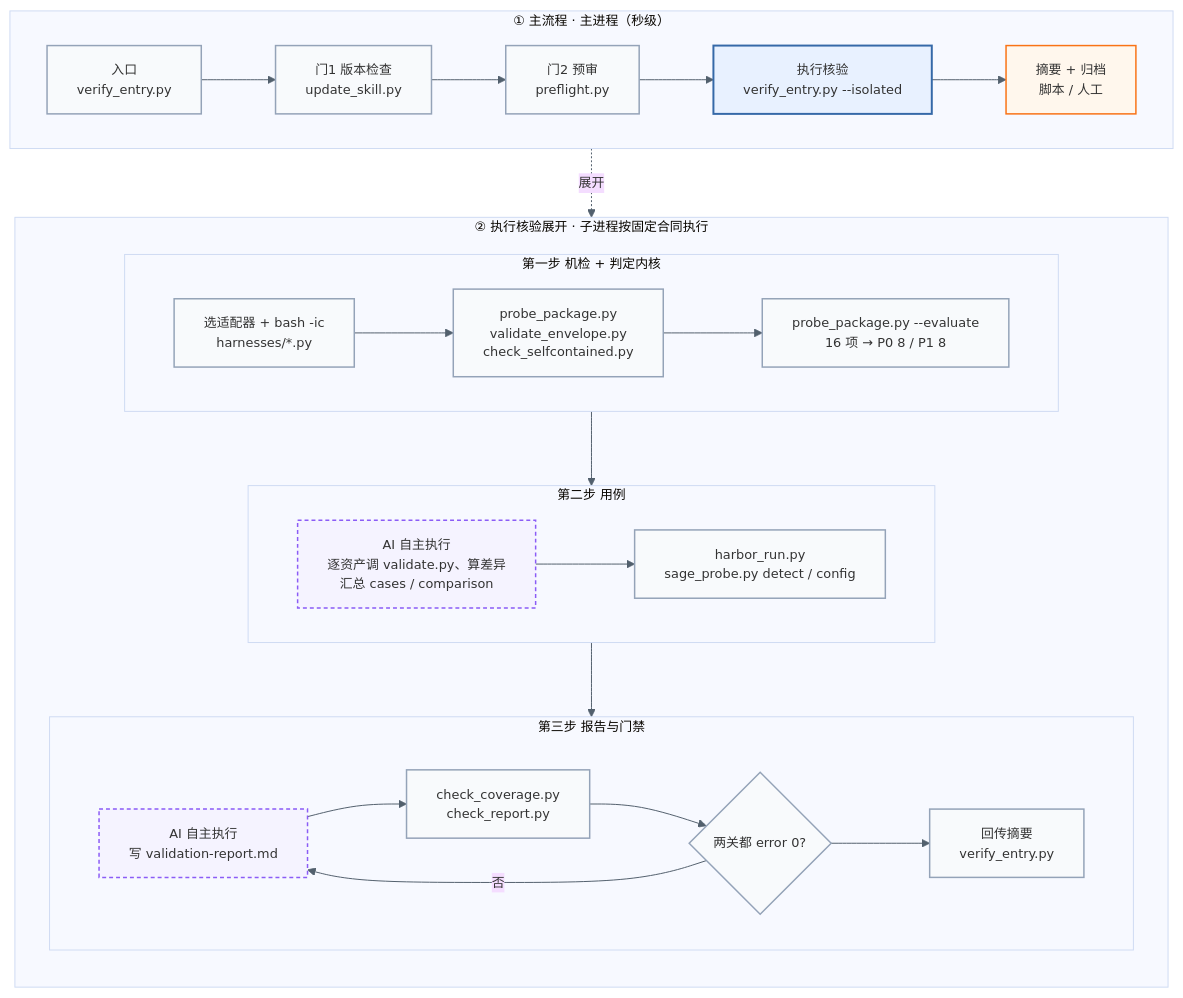
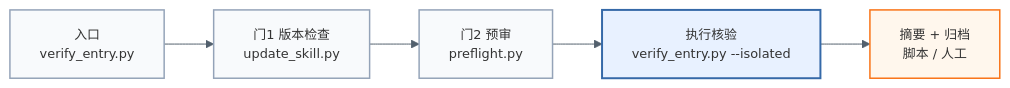
Before and after one commit to KnowledgeXLab/sci-asset-verify-skill: the first of 4 diagrams in README.md, drawn with Mermaid. The commit also changed other lines of this file, not shown here.

First line of the commit message:
fix(readme): 流程图拆成 4 张独立 LR 图，避免子图 direction 被渲染器忽略

````diff
--- a/README.md
+++ b/README.md
@@ -258,37 +266,12 @@
 ```mermaid
 %%{init: {"theme": "base", "themeVariables": {"fontSize": "13px", "lineColor": "#52606d"}}}%%
-flowchart TD
-    subgraph MAIN["① 主流程 · 主进程（秒级）"]
-        direction LR
-        A["入口<br/>verify_entry.py"] --> B["门1 版本检查<br/>update_skill.py"] --> C["门2 预审<br/>preflight.py"] --> D["执行核验<br/>verify_entry.py --isolated"] --> E["摘要 + 归档<br/>脚本 / 人工"]
-    end
-
-    subgraph DETAIL["② 执行核验展开 · 子进程按固定合同执行"]
-        direction TB
-        subgraph R1["第一步 机检 + 判定内核"]
-            direction LR
-            D0["选适配器 + bash -ic<br/>harnesses/*.py"] --> S1["probe_package.py<br/>validate_envelope.py<br/>check_selfcontained.py"] --> K["probe_package.py --evaluate<br/>16 项 → P0 8 / P1 8"]
-        end
-        subgraph R2["第二步 用例"]
-            direction LR
-            S2["AI 自主执行<br/>逐资产调 validate.py、算差异<br/>汇总 cases / comparison"] --> S2b["harbor_run.py<br/>sage_probe.py detect / config"]
-        end
-        subgraph R3["第三步 报告与门禁"]
-            direction LR
-            S3["AI 自主执行<br/>写 validation-report.md"] --> S3b["check_coverage.py<br/>check_report.py"] --> G{"两关都 error 0?"} --> OUT["回传摘要<br/>verify_entry.py"]
-            G -- 否 --> S3
-        end
-        R1 --> R2 --> R3
-    end
-
-    D -. 展开 .-> D0
+flowchart LR
+    A["入口<br/>verify_entry.py"] --> B["门1 版本检查<br/>update_skill.py"] --> C["门2 预审<br/>preflight.py"] --> D["执行核验<br/>verify_entry.py --isolated"] --> E["摘要 + 归档<br/>脚本 / 人工"]
 
     classDef script fill:#f8fafc,stroke:#94a3b8,stroke-width:1.5px;
-    classDef ai fill:#f5f3ff,stroke:#8b5cf6,stroke-width:1.5px,stroke-dasharray:4 3;
     classDef human fill:#fff7ed,stroke:#f97316,stroke-width:1.5px;
     classDef focus fill:#e8f1ff,stroke:#3569a8,stroke-width:2px;
-    class A,B,C,D0,S1,K,S2b,S3b,G,OUT script;
+    class A,B,C script;
     class D focus;
-    class S2,S3 ai;
     class E human;
 ```
````
